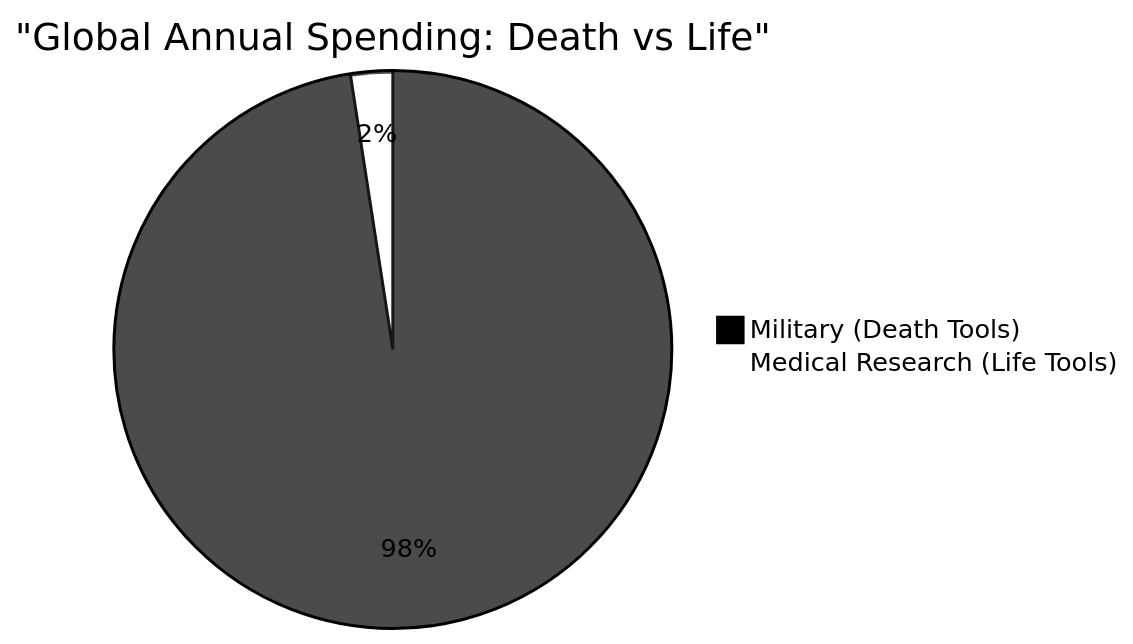
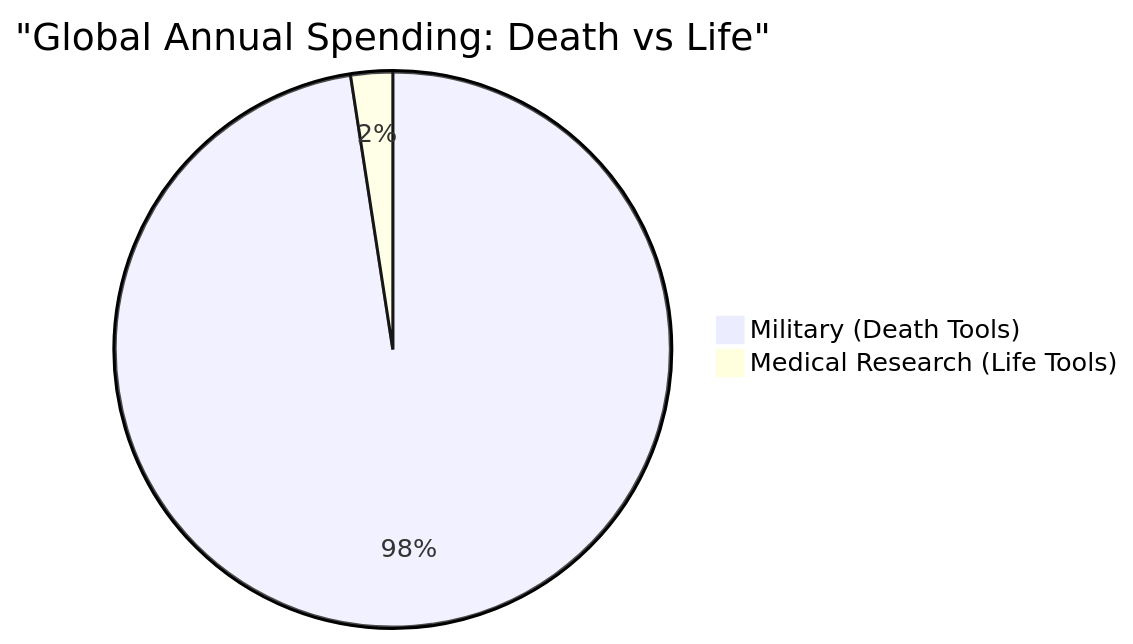
One commit to mikepsinn/disease-eradication-plan changed the first of 6 diagrams in index.qmd. Above: the diagram before and after it, drawn with Mermaid. The commit also changed other lines of this file and 2 other files, not shown here.

````diff
--- a/index.qmd
+++ b/index.qmd
@@ -52,6 +52,5 @@
 ```{mermaid}
-%%{init: {'theme': 'base', 'themeVariables': { 'pie1': '#000000', 'pie2': '#FFFFFF', 'textColor': '#000000', 'pieOuterStrokeColor': '#000000', 'pieStrokeColor': '#000000', 'background': 'transparent'}}}%%
 pie title "Global Annual Spending: Death vs Life"
     "Military (Death Tools)" : 2720
     "Medical Research (Life Tools)" : 68
 ```
````
